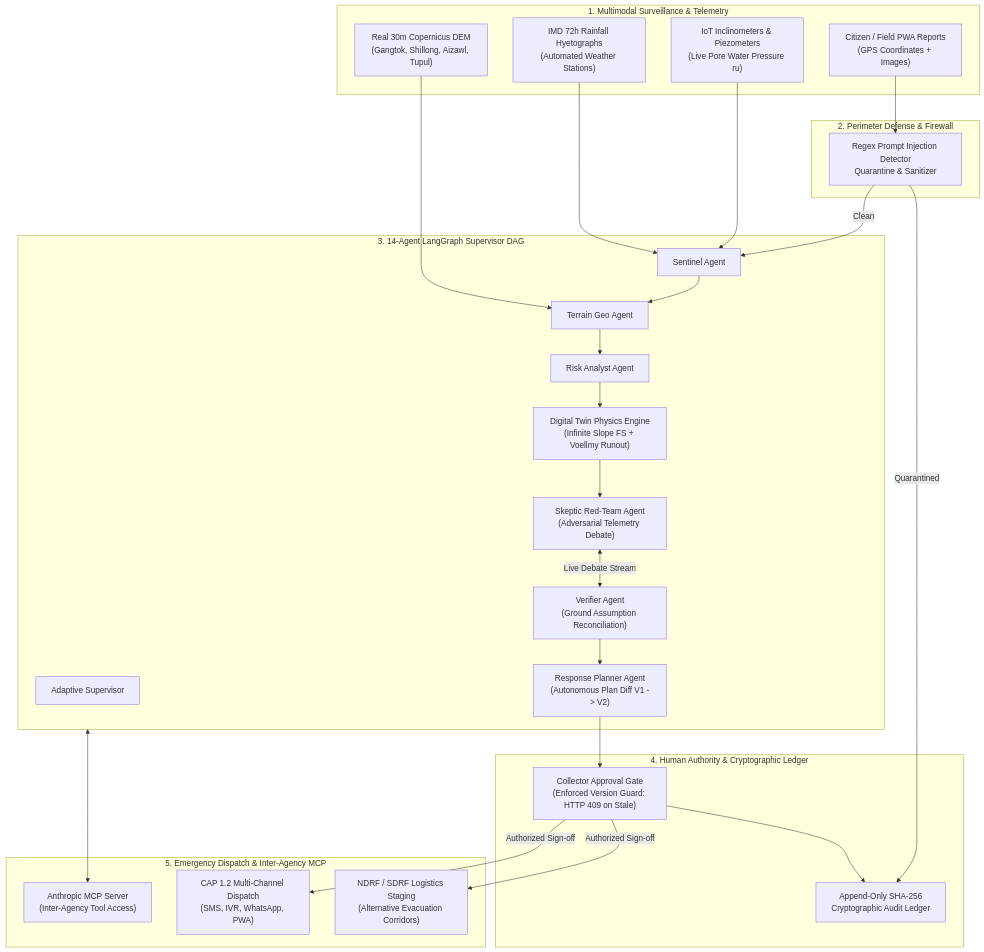
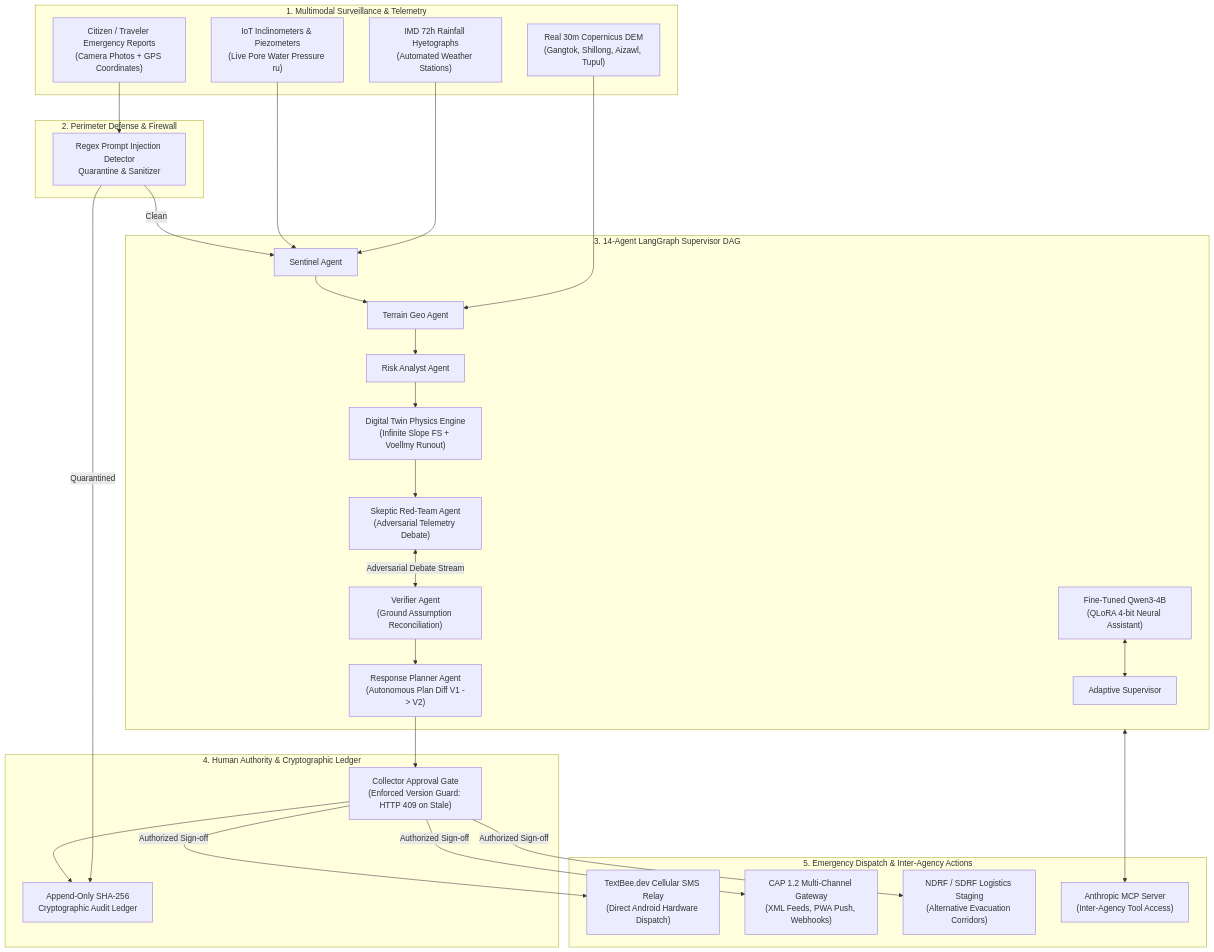
One commit to optimus168/resq changed the diagram in README.md. Above: the diagram before and after it, drawn with Mermaid. The commit also changed other lines of this file and 190 other files, not shown here.

````diff
--- a/README.md
+++ b/README.md
@@ -141,53 +163,57 @@
 ```mermaid
 flowchart TD
     subgraph SENSORY["1. Multimodal Surveillance & Telemetry"]
         DEM["Real 30m Copernicus DEM\n(Gangtok, Shillong, Aizawl, Tupul)"]
         AWS["IMD 72h Rainfall Hyetographs\n(Automated Weather Stations)"]
         Sensors["IoT Inclinometers & Piezometers\n(Live Pore Water Pressure ru)"]
-        CitizenPWA["Citizen / Field PWA Reports\n(GPS Coordinates + Images)"]
+        CitizenPWA["Citizen / Traveler Emergency Reports\n(Camera Photos + GPS Coordinates)"]
     end
 
     subgraph SECURITY["2. Perimeter Defense & Firewall"]
         Firewall["Regex Prompt Injection Detector\nQuarantine & Sanitizer"]
     end
 
     subgraph AGENTS["3. 14-Agent LangGraph Supervisor DAG"]
         Supervisor["Adaptive Supervisor"]
         Sentinel["Sentinel Agent"]
         TerrainGeo["Terrain Geo Agent"]
         RiskAnalyst["Risk Analyst Agent"]
         SimTwin["Digital Twin Physics Engine\n(Infinite Slope FS + Voellmy Runout)"]
         Skeptic["Skeptic Red-Team Agent\n(Adversarial Telemetry Debate)"]
         Verifier["Verifier Agent\n(Ground Assumption Reconciliation)"]
         Planner["Response Planner Agent\n(Autonomous Plan Diff V1 -> V2)"]
+        QwenLLM["Fine-Tuned Qwen3-4B\n(QLoRA 4-bit Neural Assistant)"]
     end
 
     subgraph GOVERNANCE["4. Human Authority & Cryptographic Ledger"]
         HumanGate["Collector Approval Gate\n(Enforced Version Guard: HTTP 409 on Stale)"]
         AuditLedger["Append-Only SHA-256\nCryptographic Audit Ledger"]
     end
 
-    subgraph ACTION["5. Emergency Dispatch & Inter-Agency MCP"]
-        CAPGateway["CAP 1.2 Multi-Channel Dispatch\n(SMS, IVR, WhatsApp, PWA)"]
+    subgraph ACTION["5. Emergency Dispatch & Inter-Agency Actions"]
+        TextBee["TextBee.dev Cellular SMS Relay\n(Direct Android Hardware Dispatch)"]
+        CAPGateway["CAP 1.2 Multi-Channel Gateway\n(XML Feeds, PWA Push, Webhooks)"]
         SDRFStaging["NDRF / SDRF Logistics Staging\n(Alternative Evacuation Corridors)"]
         MCPServer["Anthropic MCP Server\n(Inter-Agency Tool Access)"]
     end
 
     DEM --> TerrainGeo
     AWS --> Sentinel
     Sensors --> Sentinel
     CitizenPWA --> Firewall
     Firewall -->|Clean| Sentinel
     Firewall -->|Quarantined| AuditLedger
 
     Sentinel --> TerrainGeo --> RiskAnalyst --> SimTwin
     SimTwin --> Skeptic
-    Skeptic <-->|Live Debate Stream| Verifier
+    Skeptic <-->|Adversarial Debate Stream| Verifier
     Verifier --> Planner
+    QwenLLM <--> Supervisor
 
     Planner --> HumanGate
+    HumanGate -->|Authorized Sign-off| TextBee
     HumanGate -->|Authorized Sign-off| CAPGateway
     HumanGate -->|Authorized Sign-off| SDRFStaging
     HumanGate --> AuditLedger
     AGENTS <--> MCPServer
 ```
````
